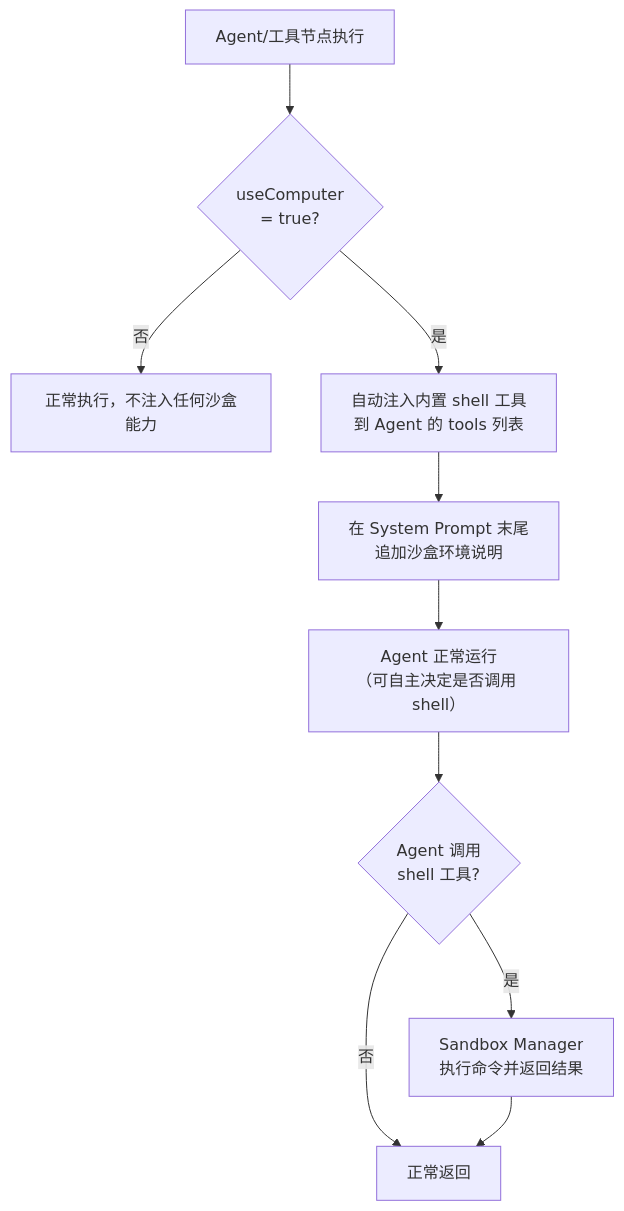
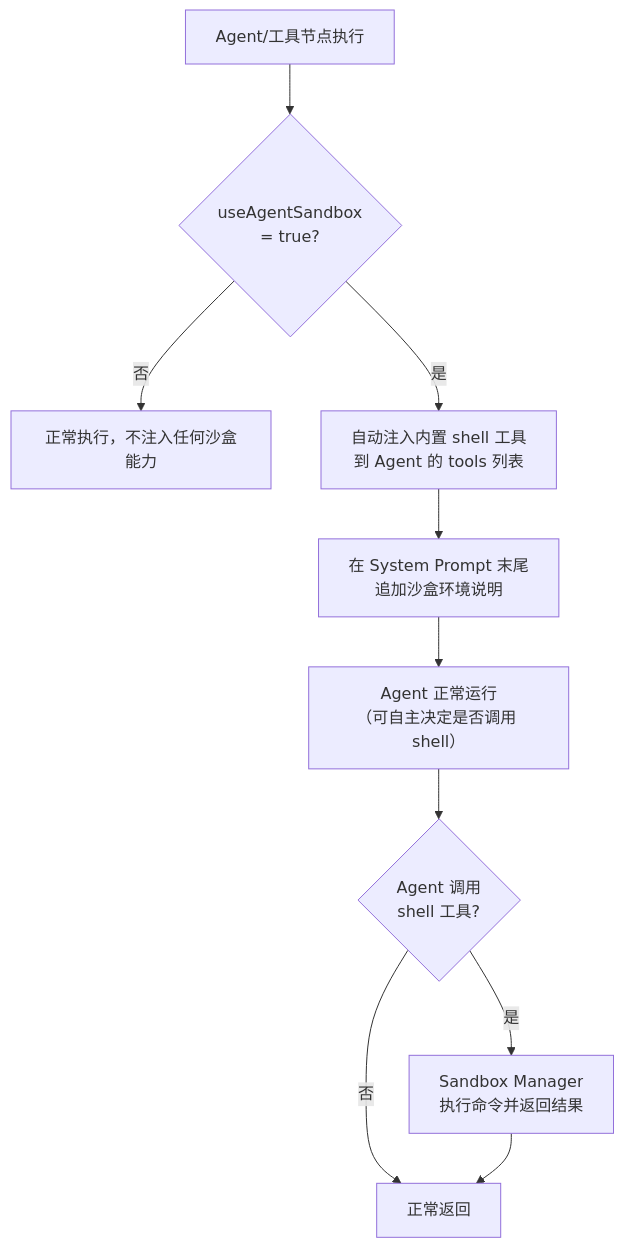
The sixth of 8 diagrams in .claude/skills/design/core/ai/sandbox/prd.md (labring/FastGPT), drawn with Mermaid before and after one commit. The commit also changed other lines of this file and 30 other files, not shown here.

````diff
--- a/.claude/skills/design/core/ai/sandbox/prd.md
+++ b/.claude/skills/design/core/ai/sandbox/prd.md
@@ -211,12 +211,12 @@
 ```mermaid
 flowchart TD
-    NodeExec["Agent/工具节点执行"] --> Check{useComputer\n= true?}
+    NodeExec["Agent/工具节点执行"] --> Check{useAgentSandbox\n= true?}
     Check -->|否| Normal["正常执行，不注入任何沙盒能力"]
     Check -->|是| Inject["自动注入内置 shell 工具\n到 Agent 的 tools 列表"]
     Inject --> Prompt["在 System Prompt 末尾\n追加沙盒环境说明"]
     Prompt --> Run["Agent 正常运行\n（可自主决定是否调用 shell）"]
     Run --> CallShell{Agent 调用\nshell 工具?}
     CallShell -->|否| End["正常返回"]
     CallShell -->|是| Sandbox["Sandbox Manager\n执行命令并返回结果"]
     Sandbox --> End
 ```
````
